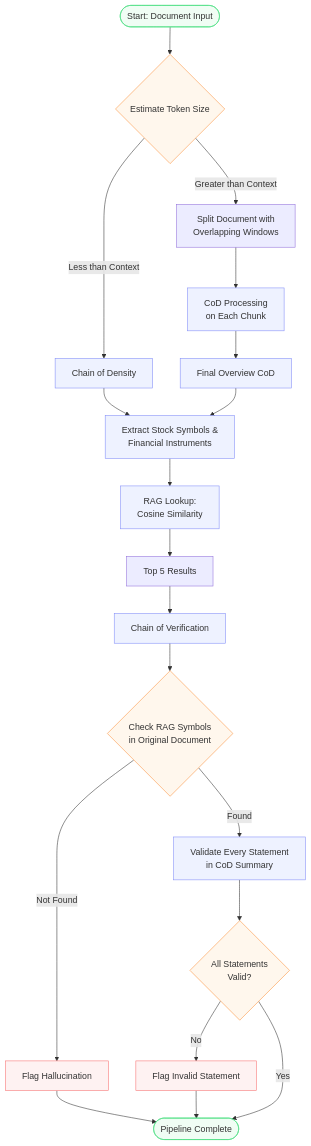
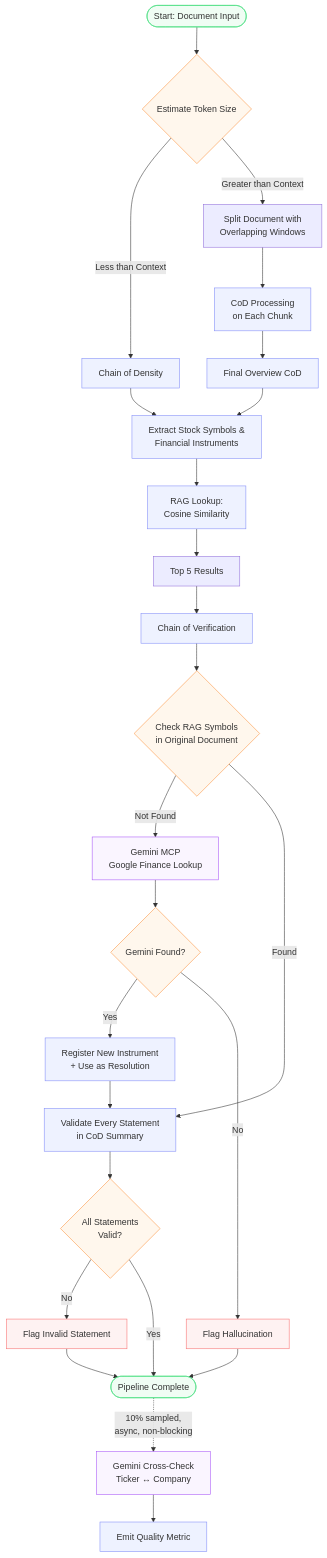
One commit to jpansarasa/ATLAS-Docs changed the diagram in docs/sentinel-extraction-pipeline.md. Above: the diagram before and after it, drawn with Mermaid. The commit also changed other lines of this file and 1 other file, not shown here.

````diff
--- a/docs/sentinel-extraction-pipeline.md
+++ b/docs/sentinel-extraction-pipeline.md
@@ -72,31 +88,39 @@
 ```mermaid
 flowchart TD
     Start([Start: Document Input]) --> EstimateTokens{Estimate Token Size}
     EstimateTokens -->|Less than Context| DirectCoD[Chain of Density]
     EstimateTokens -->|Greater than Context| SplitDoc[Split Document with<br/>Overlapping Windows]
     SplitDoc --> ChunkCoD[CoD Processing<br/>on Each Chunk]
     ChunkCoD --> FinalCoD[Final Overview CoD]
     DirectCoD --> ExtractSymbols[Extract Stock Symbols &<br/>Financial Instruments]
     FinalCoD --> ExtractSymbols
     ExtractSymbols --> RAGLookup[RAG Lookup:<br/>Cosine Similarity]
     RAGLookup --> TopResults[Top 5 Results]
     TopResults --> VerifyStep[Chain of Verification]
     VerifyStep --> CheckHallucinations{Check RAG Symbols<br/>in Original Document}
-    CheckHallucinations -->|Not Found| FlagHallucination[Flag Hallucination]
-    CheckHallucinations -->|Found| ValidateStatements[Validate Every Statement<br/>in CoD Summary]
+    CheckHallucinations -->|Not Found| GeminiFallback[Gemini MCP<br/>Google Finance Lookup]
+    GeminiFallback --> GeminiResult{Gemini Found?}
+    GeminiResult -->|Yes| RegisterInstrument[Register New Instrument<br/>+ Use as Resolution]
+    GeminiResult -->|No| FlagHallucination[Flag Hallucination]
+    RegisterInstrument --> ValidateStatements[Validate Every Statement<br/>in CoD Summary]
+    CheckHallucinations -->|Found| ValidateStatements
     ValidateStatements --> ValidateResult{All Statements<br/>Valid?}
     ValidateResult -->|No| FlagInvalid[Flag Invalid Statement]
     ValidateResult -->|Yes| Success([Pipeline Complete])
+    Success -.->|10% sampled,<br/>async, non-blocking| GeminiCrossCheck[Gemini Cross-Check<br/>Ticker ↔ Company]
+    GeminiCrossCheck --> CrossCheckMetric[Emit Quality Metric]
     FlagHallucination --> Success
     FlagInvalid --> Success
 
     classDef processNode stroke:#818cf8,fill:#eef2ff
     classDef decisionNode stroke:#fb923c,fill:#fff7ed
     classDef outputNode stroke:#4ade80,fill:#f0fdf4
     classDef errorNode stroke:#f87171,fill:#fef2f2
+    classDef geminiNode stroke:#a855f7,fill:#faf5ff
 
-    class DirectCoD,ChunkCoD,FinalCoD,ExtractSymbols,RAGLookup,VerifyStep,ValidateStatements processNode
-    class EstimateTokens,CheckHallucinations,ValidateResult decisionNode
+    class DirectCoD,ChunkCoD,FinalCoD,ExtractSymbols,RAGLookup,VerifyStep,ValidateStatements,RegisterInstrument,CrossCheckMetric processNode
+    class EstimateTokens,CheckHallucinations,ValidateResult,GeminiResult decisionNode
     class Start,Success outputNode
     class FlagHallucination,FlagInvalid errorNode
+    class GeminiFallback,GeminiCrossCheck geminiNode
 ```
````
